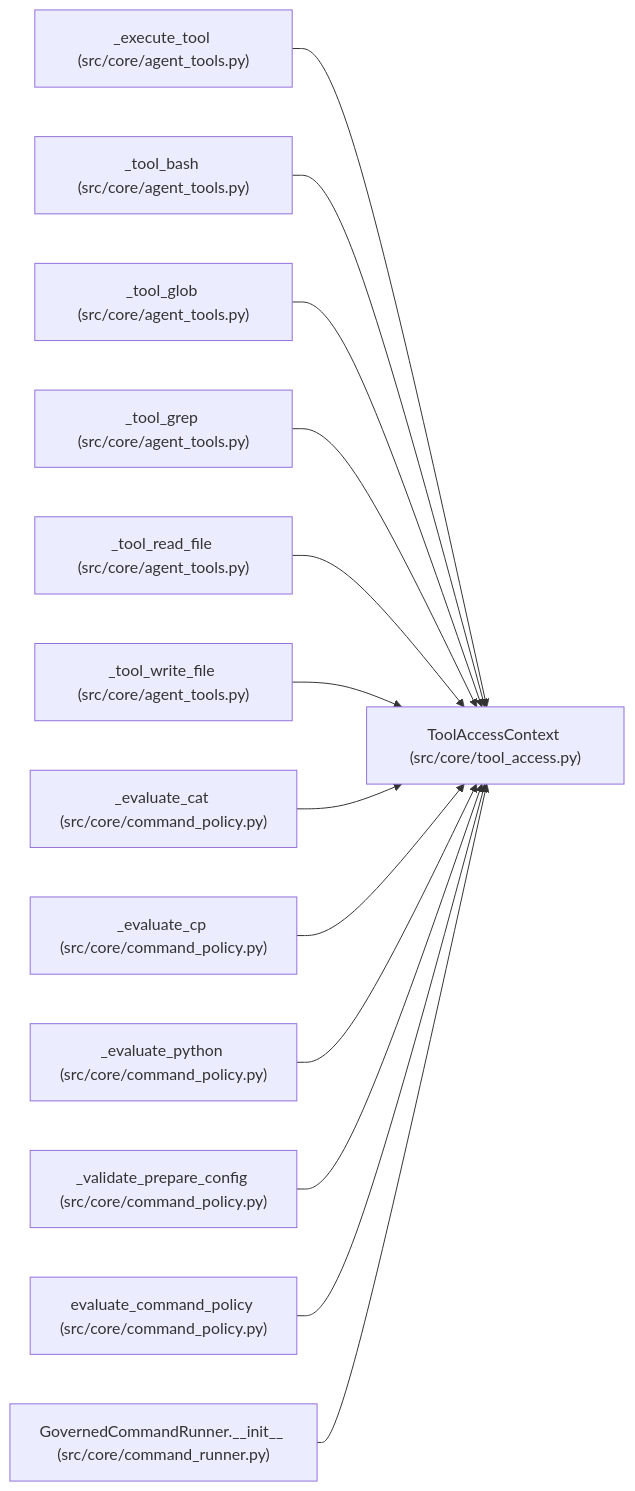
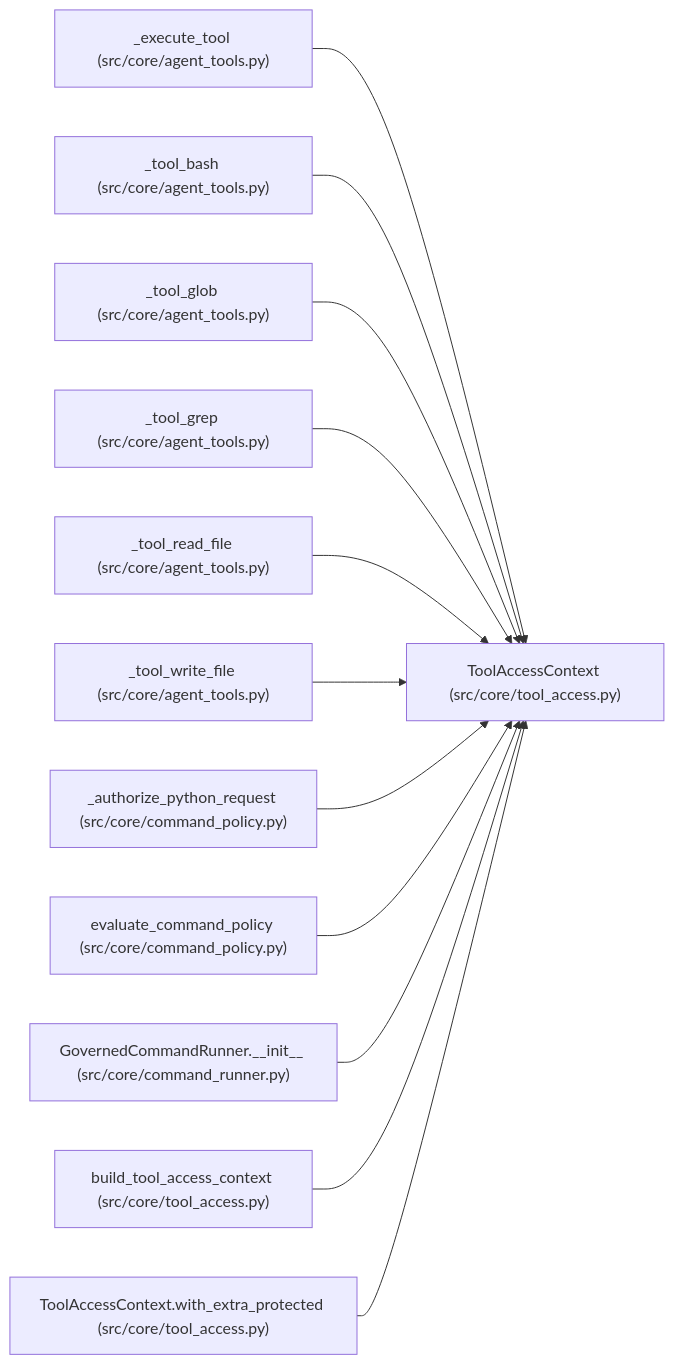
One commit to Denissvgn/autoresearch-agent changed the diagram in docs/llm_wiki/entities/ToolAccessContext.md. Above: the diagram before and after it, drawn with Mermaid. The commit also changed other lines of this file and 41 other files, not shown here.

````diff
--- a/docs/llm_wiki/entities/ToolAccessContext.md
+++ b/docs/llm_wiki/entities/ToolAccessContext.md
@@ -46,41 +46,38 @@
 ```mermaid
 flowchart LR
     n0["ToolAccessContext (src/core/tool_access.py)"]
     n1["_execute_tool (src/core/agent_tools.py)"]
     n2["_tool_bash (src/core/agent_tools.py)"]
     n3["_tool_glob (src/core/agent_tools.py)"]
     n4["_tool_grep (src/core/agent_tools.py)"]
     n5["_tool_read_file (src/core/agent_tools.py)"]
     n6["_tool_write_file (src/core/agent_tools.py)"]
-    n7["_evaluate_cat (src/core/command_policy.py)"]
-    n8["_evaluate_cp (src/core/command_policy.py)"]
-    n9["_evaluate_python (src/core/command_policy.py)"]
-    n10["_validate_prepare_config (src/core/command_policy.py)"]
-    n11["evaluate_command_policy (src/core/command_policy.py)"]
-    n12["GovernedCommandRunner.__init__ (src/core/command_runner.py)"]
+    n7["_authorize_python_request (src/core/command_policy.py)"]
+    n8["evaluate_command_policy (src/core/command_policy.py)"]
+    n9["GovernedCommandRunner.__init__ (src/core/command_runner.py)"]
+    n10["build_tool_access_context (src/core/tool_access.py)"]
+    n11["ToolAccessContext.with_extra_protected (src/core/tool_access.py)"]
     n1 --> n0
     n2 --> n0
     n3 --> n0
     n4 --> n0
     n5 --> n0
     n6 --> n0
     n7 --> n0
     n8 --> n0
     n9 --> n0
     n10 --> n0
     n11 --> n0
-    n12 --> n0
     click n0 "../modules/tool_access.md"
     click n1 "../modules/agent_tools.md"
     click n2 "../modules/agent_tools.md"
     click n3 "../modules/agent_tools.md"
     click n4 "../modules/agent_tools.md"
     click n5 "../modules/agent_tools.md"
     click n6 "../modules/agent_tools.md"
     click n7 "../modules/command_policy.md"
     click n8 "../modules/command_policy.md"
-    click n9 "../modules/command_policy.md"
-    click n10 "../modules/command_policy.md"
-    click n11 "../modules/command_policy.md"
-    click n12 "../modules/command_runner.md"
+    click n9 "../modules/command_runner.md"
+    click n10 "../modules/tool_access.md"
+    click n11 "../modules/tool_access.md"
 ```
````
